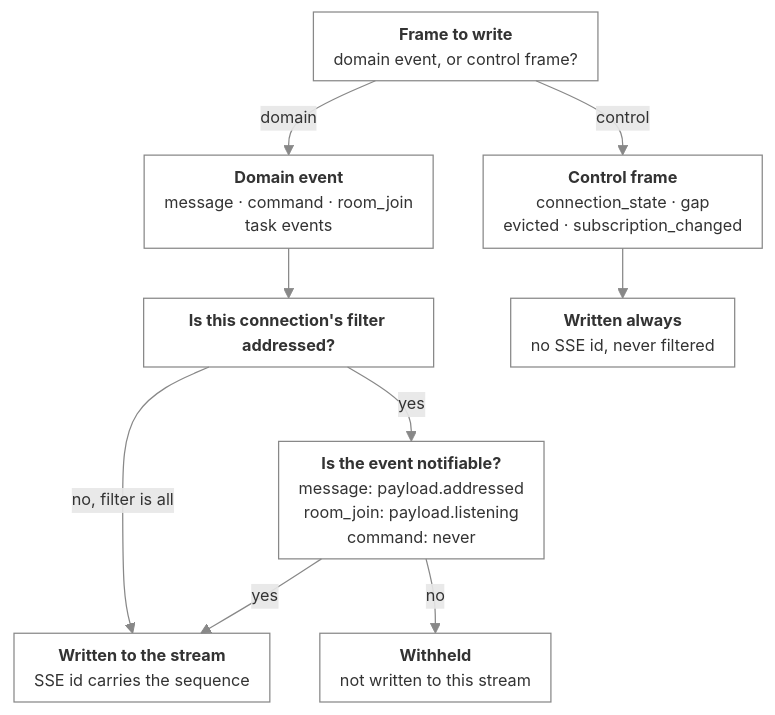
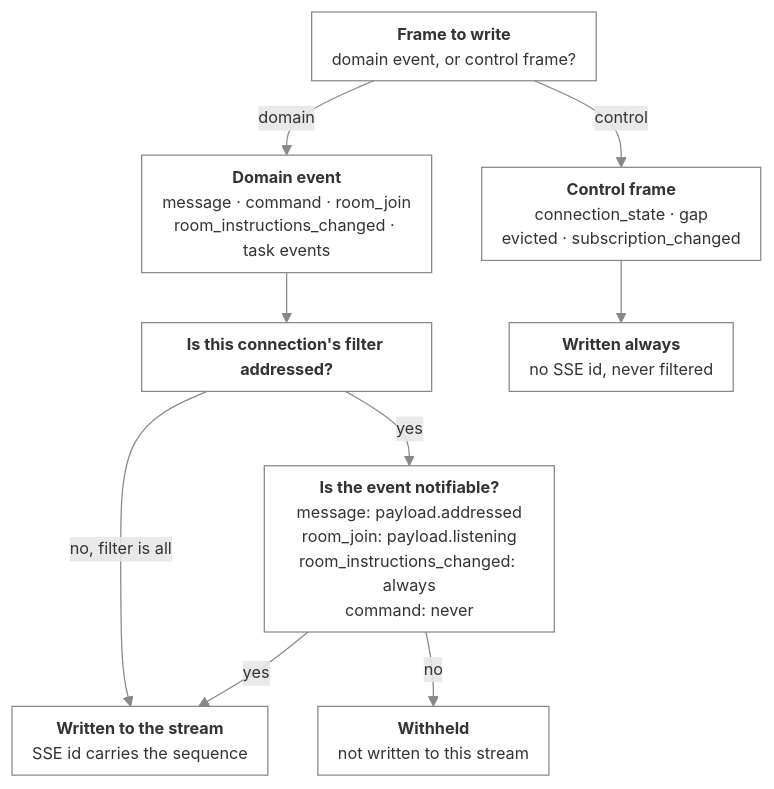
One commit to Chris-Willis/switch changed the second of 2 diagrams in docs/official/internals/agent-protocol.md. Above: the diagram before and after it, drawn with Mermaid. The commit also changed other lines of this file and 26 other files, not shown here.

First line of the commit message:
feat(rooms): tell sessions attending a room when its instructions change

````diff
--- a/docs/official/internals/agent-protocol.md
+++ b/docs/official/internals/agent-protocol.md
@@ -212,25 +215,25 @@
 ```mermaid
 %%{init: {'themeVariables': {'fontSize': '13px'}, 'flowchart': {'padding': 8, 'nodeSpacing': 40, 'rankSpacing': 40}}}%%
 flowchart TB
   frame["<b>Frame to write</b><br/>domain event, or control frame?"]
   control["<b>Control frame</b><br/>connection_state · gap<br/>evicted · subscription_changed"]
-  domain["<b>Domain event</b><br/>message · command · room_join<br/>task events"]
+  domain["<b>Domain event</b><br/>message · command · room_join<br/>room_instructions_changed · task events"]
   filt["<b>Is this connection's filter addressed?</b>"]
-  notif["<b>Is the event notifiable?</b><br/>message: payload.addressed<br/>room_join: payload.listening<br/>command: never"]
+  notif["<b>Is the event notifiable?</b><br/>message: payload.addressed<br/>room_join: payload.listening<br/>room_instructions_changed: always<br/>command: never"]
   always["<b>Written always</b><br/>no SSE id, never filtered"]
   deliver["<b>Written to the stream</b><br/>SSE id carries the sequence"]
   withheld["<b>Withheld</b><br/>not written to this stream"]
 
   frame -->|control| control
   frame -->|domain| domain
   control --> always
   domain --> filt
   filt -->|no, filter is all| deliver
   filt -->|yes| notif
   notif -->|yes| deliver
   notif -->|no| withheld
 
   classDef plain fill:none,stroke:#888888,stroke-width:1px
   class frame,control,domain,filt,notif,always,deliver,withheld plain
   linkStyle default stroke:#888888
 ```
````
